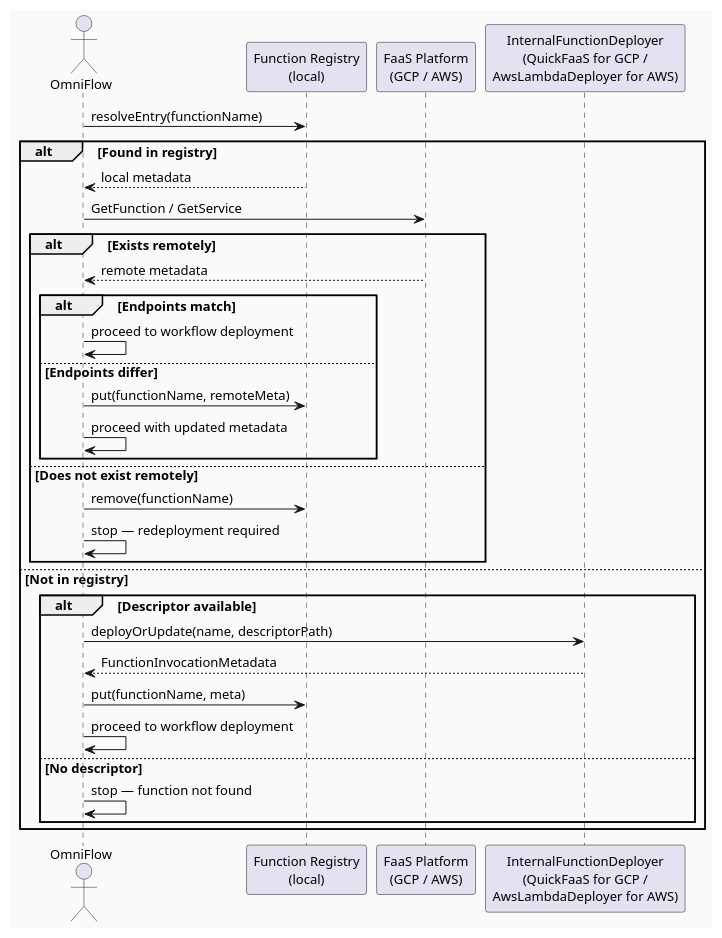
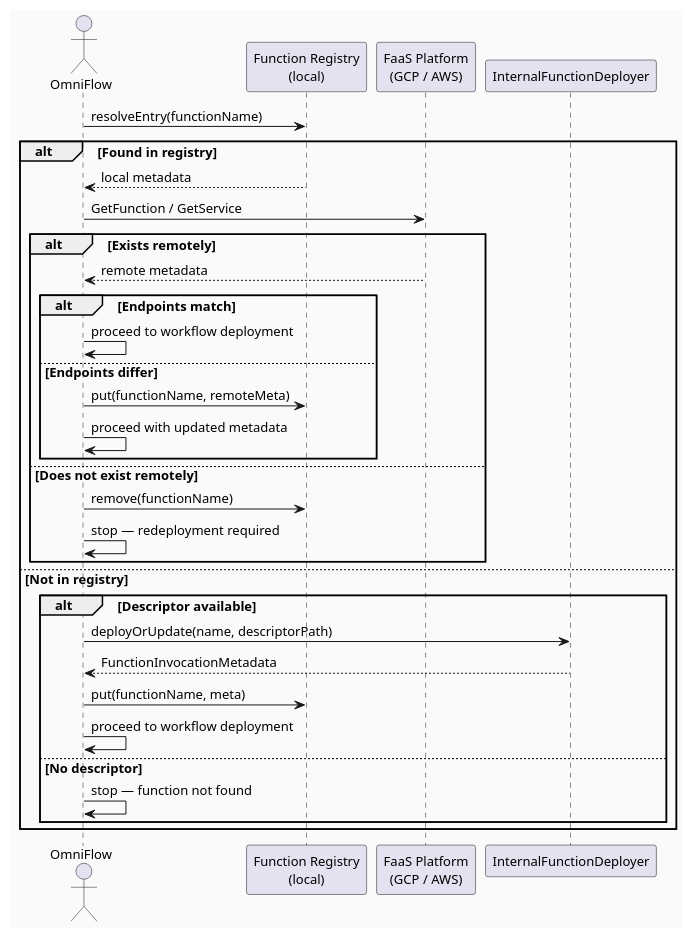
One commit to EngenheiroPedroCarvalho/ISEL-Thesis-2526 changed the sixth of 8 diagrams in omni-flow-main/Apresentacao-Orientador.md. Above: the diagram before and after it, drawn with PlantUML. The commit also changed other lines of this file, not shown here.

First line of the commit message:
Remove all mentions of QuickFaaS being used for AWS deployment

````diff
--- a/omni-flow-main/Apresentacao-Orientador.md
+++ b/omni-flow-main/Apresentacao-Orientador.md
@@ -209,39 +209,39 @@
 ```plantuml
 @startuml
 skinparam backgroundColor #FAFAFA
 skinparam defaultFontSize 13
 
 actor "OmniFlow" as O
 participant "Function Registry\n(local)" as R
 participant "FaaS Platform\n(GCP / AWS)" as P
-participant "InternalFunctionDeployer\n(QuickFaaS for GCP /\nAwsLambdaDeployer for AWS)" as Q
+participant "InternalFunctionDeployer" as Q
 
 O -> R : resolveEntry(functionName)
 
 alt Found in registry
   R --> O : local metadata
   O -> P : GetFunction / GetService
   alt Exists remotely
     P --> O : remote metadata
     alt Endpoints match
       O -> O : proceed to workflow deployment
     else Endpoints differ
       O -> R : put(functionName, remoteMeta)
       O -> O : proceed with updated metadata
     end
   else Does not exist remotely
     O -> R : remove(functionName)
     O -> O : stop — redeployment required
   end
 else Not in registry
   alt Descriptor available
     O -> Q : deployOrUpdate(name, descriptorPath)
     Q --> O : FunctionInvocationMetadata
     O -> R : put(functionName, meta)
     O -> O : proceed to workflow deployment
   else No descriptor
     O -> O : stop — function not found
   end
 end
 @enduml
 ```
````
